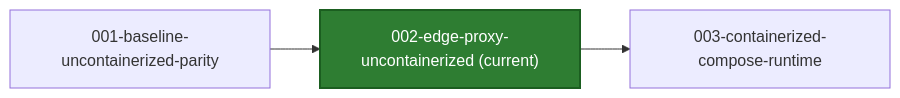
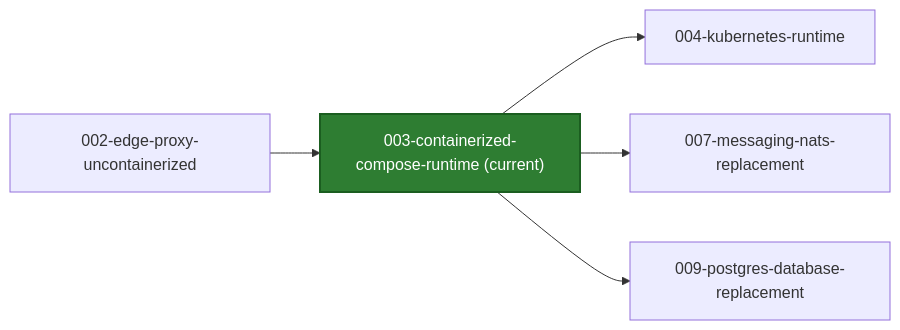
Before and after one commit to finos/traderX: the diagram in README.md, drawn with Mermaid. The commit also changed other lines of this file and 49 other files, not shown here.

First line of the commit message:
snapshot: 003-containerized-compose-runtime generated from 68d19a554c7480a615b19c024eb0a88228c6b9ad

````diff
--- a/README.md
+++ b/README.md
@@ -21,10 +21,14 @@
 ```mermaid
 flowchart LR
-  S_CUR["002-edge-proxy-uncontainerized (current)"]
+  S_CUR["003-containerized-compose-runtime (current)"]
   style S_CUR fill:#2e7d32,stroke:#1b5e20,color:#ffffff,stroke-width:2px
-  S_PREV_001_baseline_uncontainerized_parity["001-baseline-uncontainerized-parity"] --> S_CUR
-  click S_PREV_001_baseline_uncontainerized_parity href "https://github.com/finos/traderX/tree/code%2Fgenerated-state-001-baseline-uncontainerized-parity" "Open branch"
-  S_CUR --> S_NEXT_003_containerized_compose_runtime["003-containerized-compose-runtime"]
-  click S_NEXT_003_containerized_compose_runtime href "https://github.com/finos/traderX/tree/code%2Fgenerated-state-003-containerized-compose-runtime" "Open branch"
-  click S_CUR href "https://github.com/finos/traderX/tree/code%2Fgenerated-state-002-edge-proxy-uncontainerized" "Open current branch"
+  S_PREV_002_edge_proxy_uncontainerized["002-edge-proxy-uncontainerized"] --> S_CUR
+  click S_PREV_002_edge_proxy_uncontainerized href "https://github.com/finos/traderX/tree/code%2Fgenerated-state-002-edge-proxy-uncontainerized" "Open branch"
+  S_CUR --> S_NEXT_004_kubernetes_runtime["004-kubernetes-runtime"]
+  click S_NEXT_004_kubernetes_runtime href "https://github.com/finos/traderX/tree/code%2Fgenerated-state-004-kubernetes-runtime" "Open branch"
+  S_CUR --> S_NEXT_007_messaging_nats_replacement["007-messaging-nats-replacement"]
+  click S_NEXT_007_messaging_nats_replacement href "https://github.com/finos/traderX/tree/code%2Fgenerated-state-007-messaging-nats-replacement" "Open branch"
+  S_CUR --> S_NEXT_009_postgres_database_replacement["009-postgres-database-replacement"]
+  click S_NEXT_009_postgres_database_replacement href "https://github.com/finos/traderX/tree/code%2Fgenerated-state-009-postgres-database-replacement" "Open branch"
+  click S_CUR href "https://github.com/finos/traderX/tree/code%2Fgenerated-state-003-containerized-compose-runtime" "Open current branch"
 ```
````
